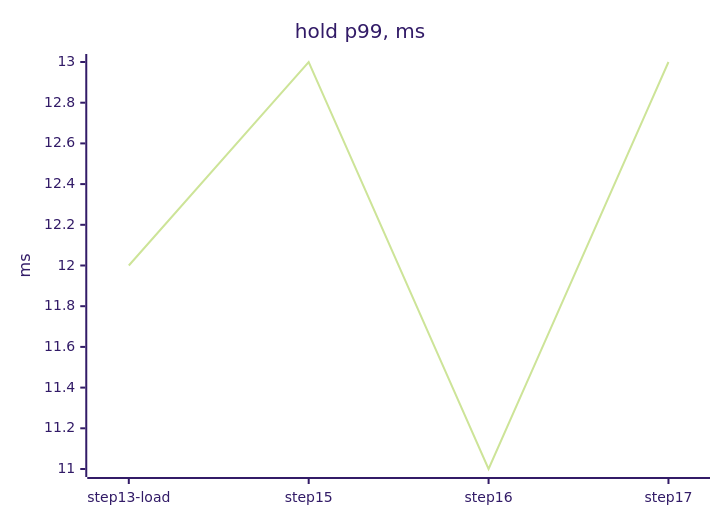
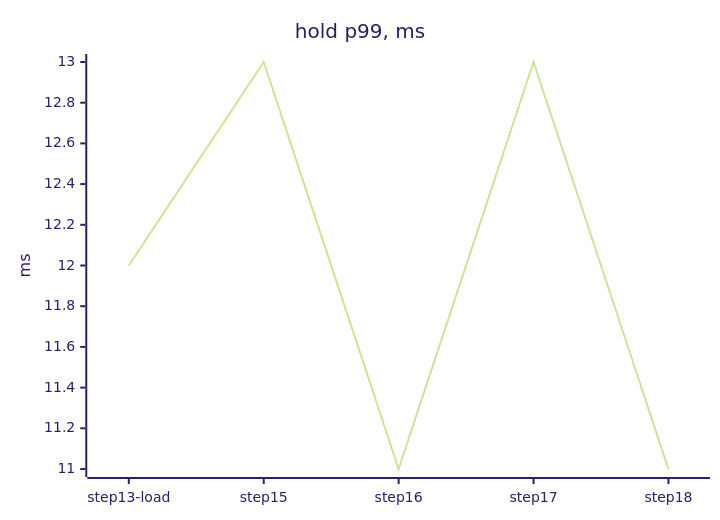
One commit to tanvoid0/ledgerflow changed the second of 4 diagrams in docs/perf/README.md. Above: the diagram before and after it, drawn with Mermaid (forest theme). The commit also changed other lines of this file and 9 other files, not shown here.

````diff
--- a/docs/perf/README.md
+++ b/docs/perf/README.md
@@ -41,7 +43,7 @@
 ```mermaid
 xychart-beta
     title "hold p99, ms"
-    x-axis ["step13-load", "step15", "step16", "step17"]
+    x-axis ["step13-load", "step15", "step16", "step17", "step18"]
     y-axis "ms"
-    line [12, 13, 11, 13]
+    line [12, 13, 11, 13, 11]
 ```
````
